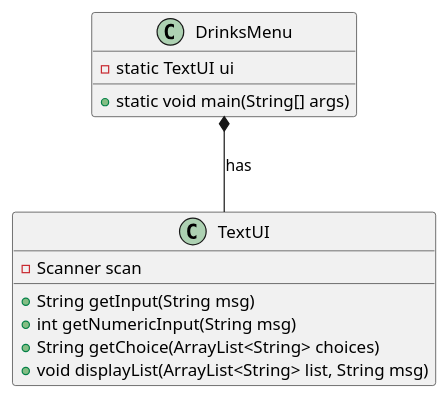
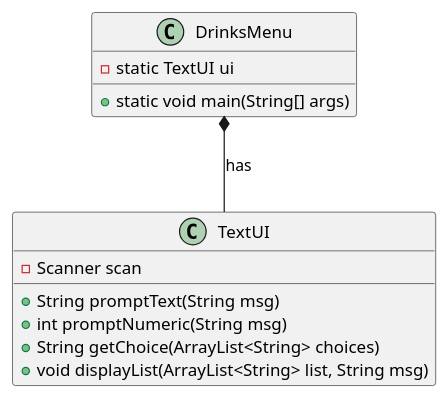
One commit to Eligoon/DrinksMenu changed the diagram in doc/TextUIclassdiagram.puml. Above: the diagram before and after it, drawn with PlantUML. The commit also changed 2 other files, not shown here.

Commit message:
renaming, full sequence

```diff
--- a/doc/TextUIclassdiagram.puml
+++ b/doc/TextUIclassdiagram.puml
@@ -1,20 +1,20 @@
 @startuml
 
 class TextUI {
 - Scanner scan
 ' shows a message and returns the user's input as a String
-+ String getInput(String msg)
++ String promptText(String msg)
 ' shows a message and returns the user's input as an integer
-+ int getNumericInput(String msg)
++ int promptNumeric(String msg)
 ' shows a message, lists the content of a list and returns the user's choice
 + String getChoice(ArrayList<String> choices)
 ' shows a message and lists the content of a list
 + void displayList(ArrayList<String> list, String msg)
 }
 
 class DrinksMenu {
 - static TextUI ui
 + static void main(String[] args)
 }
 DrinksMenu *-- TextUI: has
 @enduml
```
